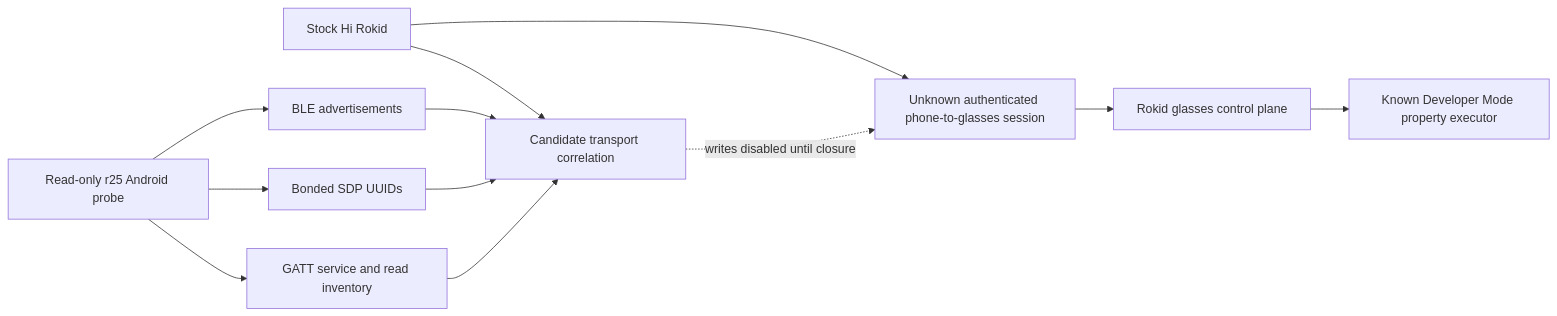
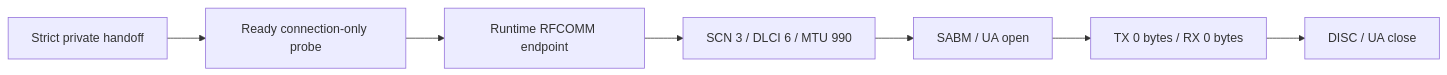
The second of 3 diagrams in ARCHITECTURE.md (aimindseye/rokid-ai-glasses), drawn with Mermaid before and after one commit. The commit also changed other lines of this file and 10 other files, not shown here.

Commit message:
docs: promote final RFCOMM transport status

````diff
--- a/ARCHITECTURE.md
+++ b/ARCHITECTURE.md
@@ -52,16 +43,9 @@
 ```mermaid
 flowchart LR
-    S[Stock Hi Rokid] --> P[Unknown authenticated phone-to-glasses session]
-    P --> G[Rokid glasses control plane]
-    G --> D[Known Developer Mode property executor]
-
-    R[Read-only r25 Android probe] --> A[BLE advertisements]
-    R --> U[Bonded SDP UUIDs]
-    R --> V[GATT service and read inventory]
-
-    A --> C[Candidate transport correlation]
-    U --> C
-    V --> C
-    S --> C
-    C -. writes disabled until closure .-> P
+    H[Strict private handoff] --> R[Ready connection-only probe]
+    R --> E[Runtime RFCOMM endpoint]
+    E --> P[SCN 3 / DLCI 6 / MTU 990]
+    P --> O[SABM / UA open]
+    O --> Z[TX 0 bytes / RX 0 bytes]
+    Z --> C[DISC / UA close]
 ```
````
